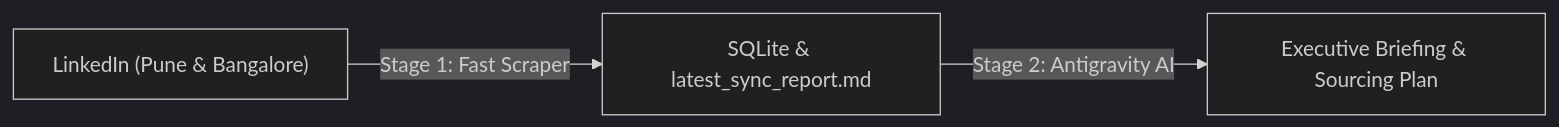
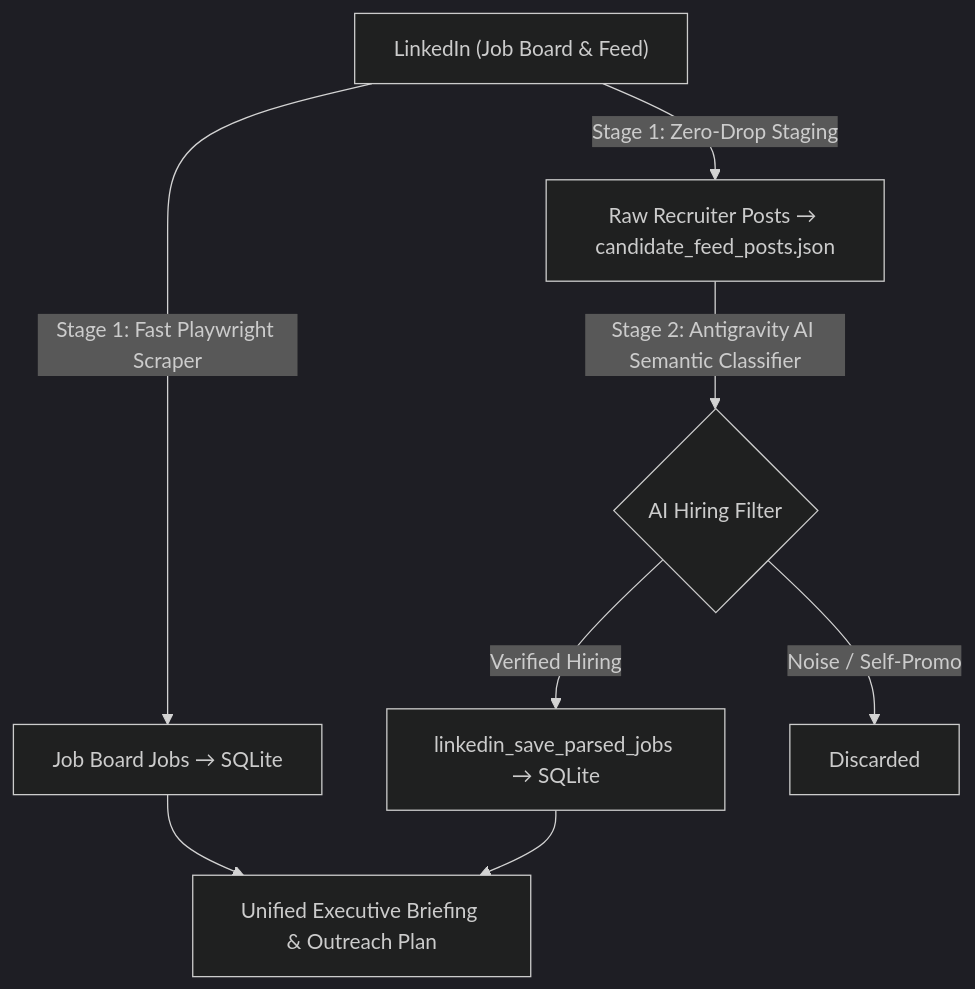
One commit to DeepLearner7/linkedin-mcp changed the diagram in README.md. Above: the diagram before and after it, drawn with Mermaid (dark theme). The commit also changed other lines of this file and 4 other files, not shown here.

Commit message:
Implement AI-powered semantic classification of recruiter feed posts

````diff
--- a/README.md
+++ b/README.md
@@ -122,5 +122,10 @@
 ```mermaid
-flowchart LR
-    A["LinkedIn (Pune & Bangalore)"] -->|Stage 1: Fast Scraper| B["SQLite & latest_sync_report.md"]
-    B -->|Stage 2: Antigravity AI| C["Executive Briefing & Sourcing Plan"]
+flowchart TD
+    A["LinkedIn (Job Board & Feed)"] -->|Stage 1: Fast Playwright Scraper| B["Job Board Jobs → SQLite"]
+    A -->|Stage 1: Zero-Drop Staging| C["Raw Recruiter Posts → candidate_feed_posts.json"]
+    C -->|Stage 2: Antigravity AI Semantic Classifier| D{"AI Hiring Filter"}
+    D -->|Verified Hiring| E["linkedin_save_parsed_jobs → SQLite"]
+    D -->|Noise / Self-Promo| F[Discarded]
+    B --> G["Unified Executive Briefing & Outreach Plan"]
+    E --> G
 ```
````
